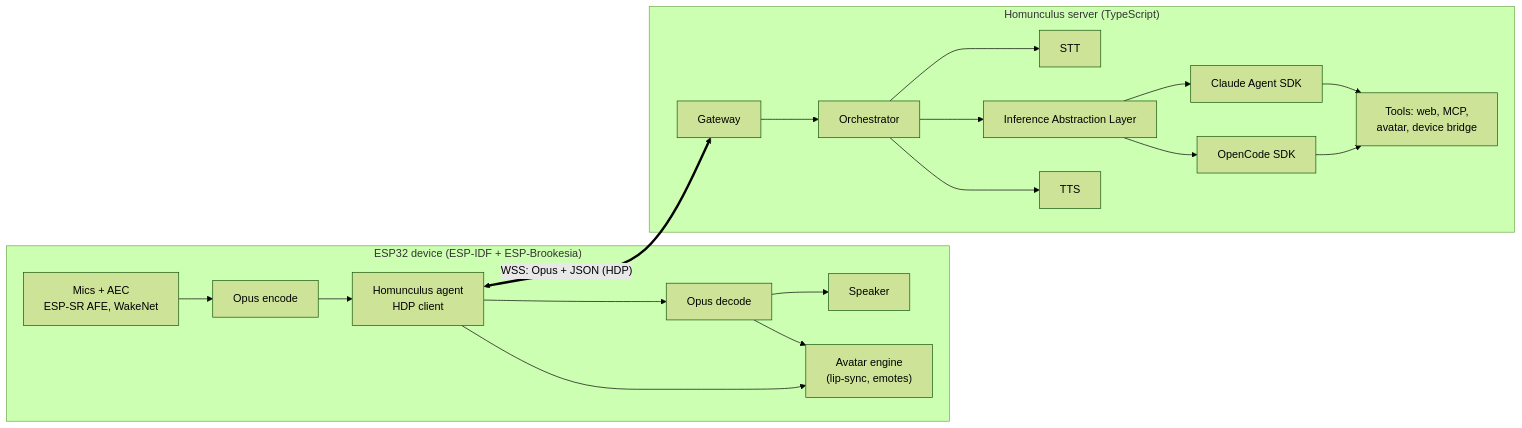
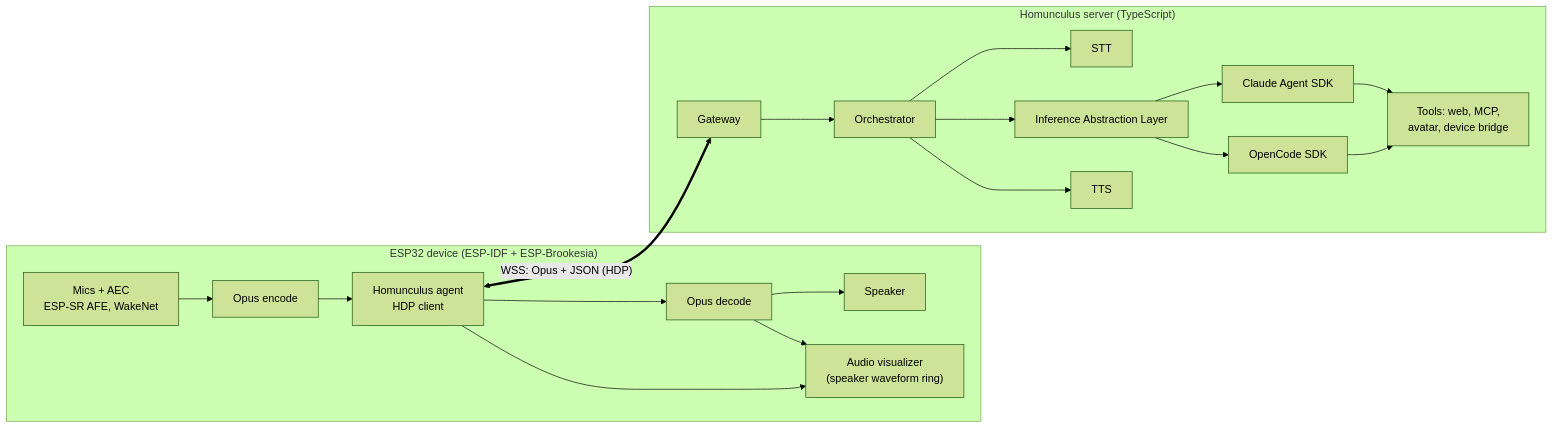
Before and after one commit to 0x1d/crucible: the diagram in docs/specification/README.md, drawn with Mermaid (forest theme). The commit also changed other lines of this file and 5 other files, not shown here.

First line of the commit message:
docs(spec): Phase 2 re-specified as circular audio visualizer; face deferred

````diff
--- a/docs/specification/README.md
+++ b/docs/specification/README.md
@@ -20,22 +21,22 @@
 ```mermaid
 flowchart LR
     subgraph Device["ESP32 device (ESP-IDF + ESP-Brookesia)"]
         MIC["Mics + AEC<br/>ESP-SR AFE, WakeNet"] --> ENC["Opus encode"]
         DEC["Opus decode"] --> SPK["Speaker"]
-        DEC --> AV["Avatar engine<br/>(lip-sync, emotes)"]
+        DEC --> AV["Audio visualizer<br/>(speaker waveform ring)"]
         AG["Homunculus agent<br/>HDP client"]
         ENC --> AG
         AG --> DEC
         AG --> AV
     end
     subgraph Server["Homunculus server (TypeScript)"]
         GW["Gateway"] --> ORCH["Orchestrator"]
         ORCH --> STT["STT"]
         ORCH --> IAL["Inference Abstraction Layer"]
         IAL --> CL["Claude Agent SDK"]
         IAL --> OC["OpenCode SDK"]
         ORCH --> TTS["TTS"]
         CL & OC --> TOOLS["Tools: web, MCP,<br/>avatar, device bridge"]
     end
     AG <== "WSS: Opus + JSON (HDP)" ==> GW
 ```
````
